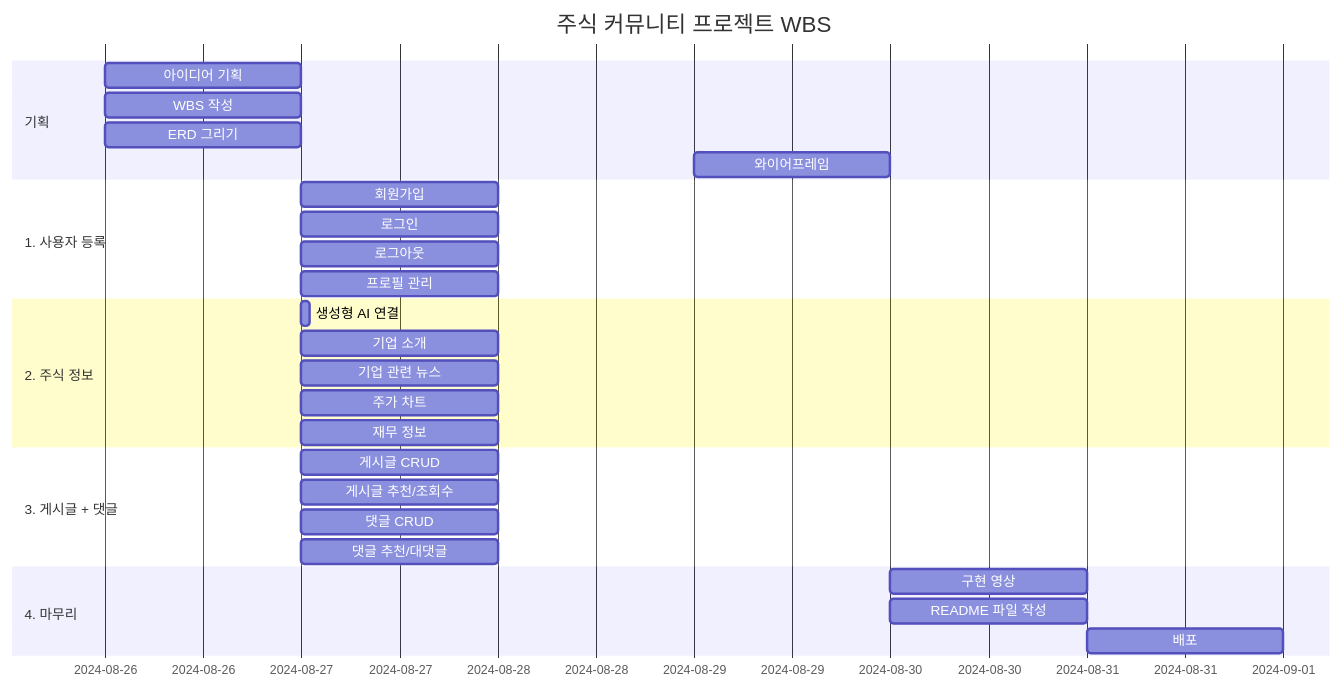
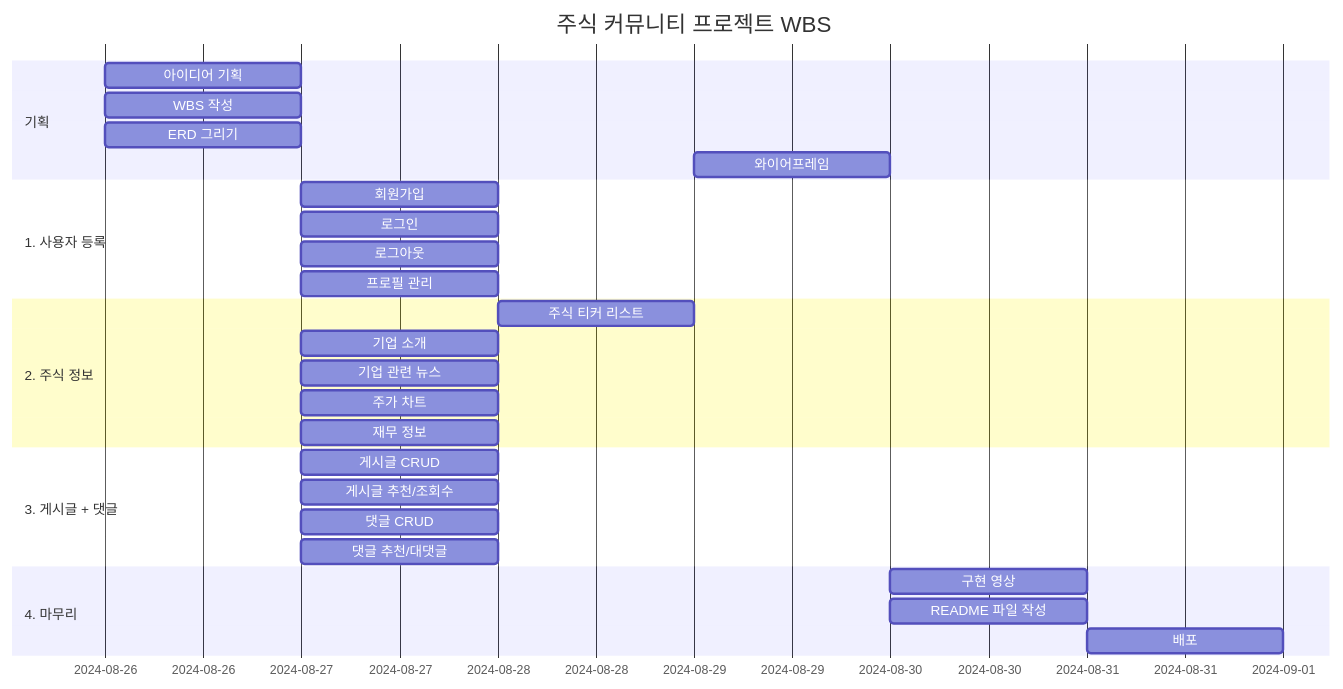
The first of 3 diagrams in README.md (Donggyu-Kim1/stalk), drawn with Mermaid before and after one commit. The commit also changed other lines of this file and 13 other files, not shown here.

````diff
--- a/README.md
+++ b/README.md
@@ -187,35 +187,35 @@
 ```mermaid
 gantt
     title 주식 커뮤니티 프로젝트 WBS
     dateFormat  YYYY-MM-DD HH:mm
 
     section 기획
     아이디어 기획      :2024-08-26, 1d
     WBS 작성          :2024-08-26, 1d
     ERD 그리기         :2024-08-26, 1d
     와이어프레임        :2024-08-29, 1d
 
     section 1. 사용자 등록
     회원가입           :2024-08-27, 1d
     로그인             :2024-08-27, 1d
     로그아웃           :2024-08-27, 1d
     프로필 관리         :2024-08-27, 1d
 
     section 2. 주식 정보
-    생성형 AI 연결     :2024-08-27, 1h
+    주식 티커 리스트     :2024-08-28, 1d
     기업 소개          :2024-08-27, 1d
     기업 관련 뉴스      :2024-08-27, 1d
     주가 차트          :2024-08-27, 1d
     재무 정보          :2024-08-27, 1d
 
     section 3. 게시글 + 댓글
     게시글 CRUD        :2024-08-27, 1d
     게시글 추천/조회수   :2024-08-27, 1d
     댓글 CRUD          :2024-08-27, 1d
     댓글 추천/대댓글     :2024-08-27, 1d
 
     section 4. 마무리
     구현 영상          :2024-08-30, 1d
     README 파일 작성   :2024-08-30, 1d
     배포              :2024-08-31, 1d
 ```
````
